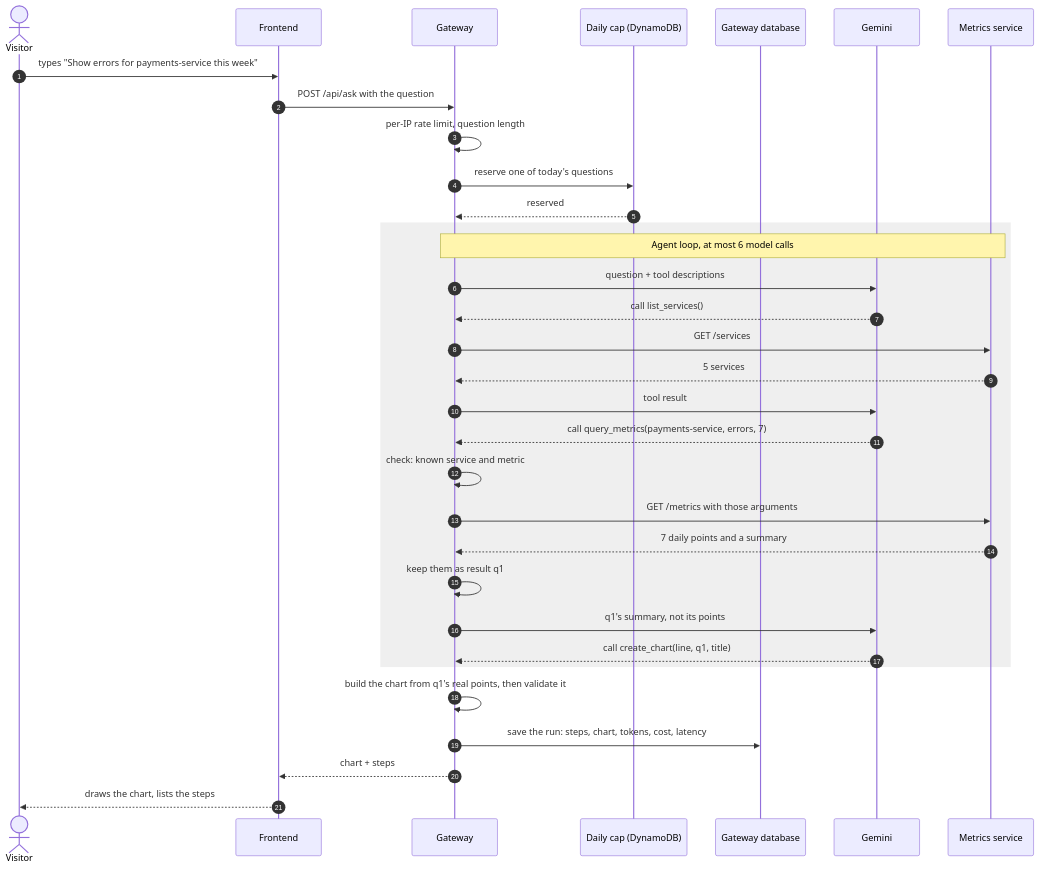
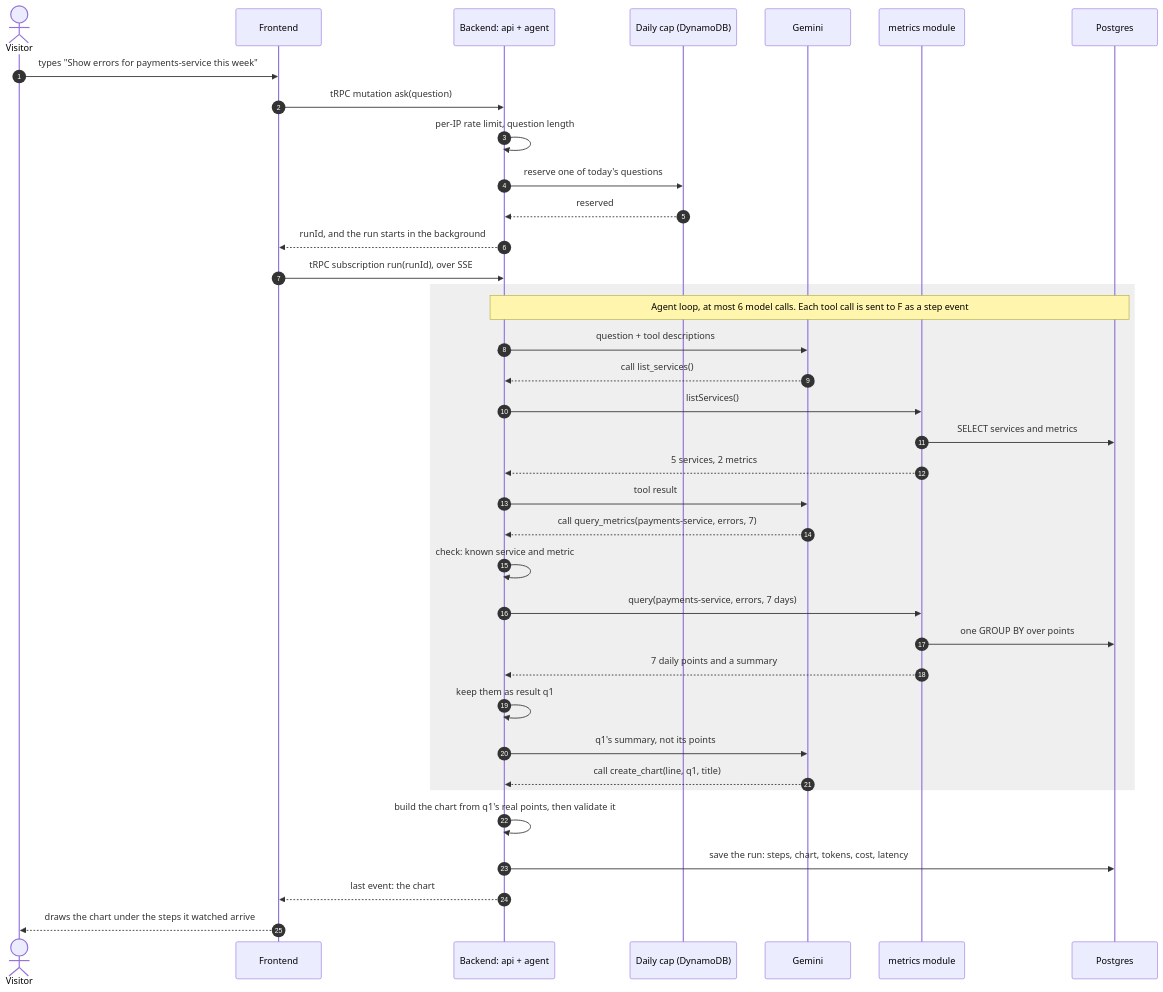
Before and after one commit to vovadyach/dashgen: the fourth of 8 diagrams in docs/design.md, drawn with Mermaid. The commit also changed other lines of this file and 9 other files, not shown here.

Commit message:
docs: design for one TypeScript backend, with Drizzle and tRPC

````diff
--- a/docs/design.md
+++ b/docs/design.md
@@ -162,36 +182,40 @@
 ```mermaid
 sequenceDiagram
     autonumber
     actor V as Visitor
     participant F as Frontend
-    participant G as Gateway
+    participant B as Backend: api + agent
     participant C as Daily cap (DynamoDB)
-    participant DB as Gateway database
     participant LLM as Gemini
-    participant M as Metrics service
+    participant M as metrics module
+    participant DB as Postgres
 
     V->>F: types "Show errors for payments-service this week"
-    F->>G: POST /api/ask with the question
-    G->>G: per-IP rate limit, question length
-    G->>C: reserve one of today's questions
-    C-->>G: reserved
+    F->>B: tRPC mutation ask(question)
+    B->>B: per-IP rate limit, question length
+    B->>C: reserve one of today's questions
+    C-->>B: reserved
+    B-->>F: runId, and the run starts in the background
+    F->>B: tRPC subscription run(runId), over SSE
     rect rgba(127, 127, 127, 0.12)
-        Note over G,M: Agent loop, at most 6 model calls
-        G->>LLM: question + tool descriptions
-        LLM-->>G: call list_services()
-        G->>M: GET /services
-        M-->>G: 5 services
-        G->>LLM: tool result
-        LLM-->>G: call query_metrics(payments-service, errors, 7)
-        G->>G: check: known service and metric
-        G->>M: GET /metrics with those arguments
-        M-->>G: 7 daily points and a summary
-        G->>G: keep them as result q1
-        G->>LLM: q1's summary, not its points
-        LLM-->>G: call create_chart(line, q1, title)
+        Note over B,DB: Agent loop, at most 6 model calls. Each tool call is sent to F as a step event
+        B->>LLM: question + tool descriptions
+        LLM-->>B: call list_services()
+        B->>M: listServices()
+        M->>DB: SELECT services and metrics
+        M-->>B: 5 services, 2 metrics
+        B->>LLM: tool result
+        LLM-->>B: call query_metrics(payments-service, errors, 7)
+        B->>B: check: known service and metric
+        B->>M: query(payments-service, errors, 7 days)
+        M->>DB: one GROUP BY over points
+        M-->>B: 7 daily points and a summary
+        B->>B: keep them as result q1
+        B->>LLM: q1's summary, not its points
+        LLM-->>B: call create_chart(line, q1, title)
     end
-    G->>G: build the chart from q1's real points, then validate it
-    G->>DB: save the run: steps, chart, tokens, cost, latency
-    G-->>F: chart + steps
-    F-->>V: draws the chart, lists the steps
+    B->>B: build the chart from q1's real points, then validate it
+    B->>DB: save the run: steps, chart, tokens, cost, latency
+    B-->>F: last event: the chart
+    F-->>V: draws the chart under the steps it watched arrive
 ```
````
